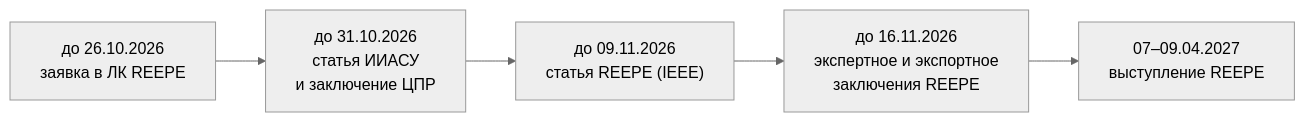
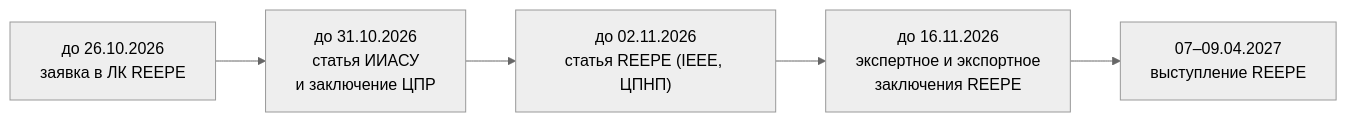
Before and after one commit to RedAlexDad/WalkingRobotSim: the diagram in docs/publications/plan.md, drawn with Mermaid (neutral theme). The commit also changed other lines of this file and 68 other files, not shown here.

````diff
--- a/docs/publications/plan.md
+++ b/docs/publications/plan.md
@@ -26,7 +32,7 @@
 ```mermaid
 graph LR
     A["до 26.10.2026<br/>заявка в ЛК REEPE"] --> B["до 31.10.2026<br/>статья ИИАСУ<br/>и заключение ЦПР"]
-    B --> D["до 09.11.2026<br/>статья REEPE (IEEE)"]
+    B --> D["до 02.11.2026<br/>статья REEPE (IEEE, ЦПНП)"]
     D --> E["до 16.11.2026<br/>экспертное и экспортное<br/>заключения REEPE"]
     E --> F["07–09.04.2027<br/>выступление REEPE"]
 ```
````
